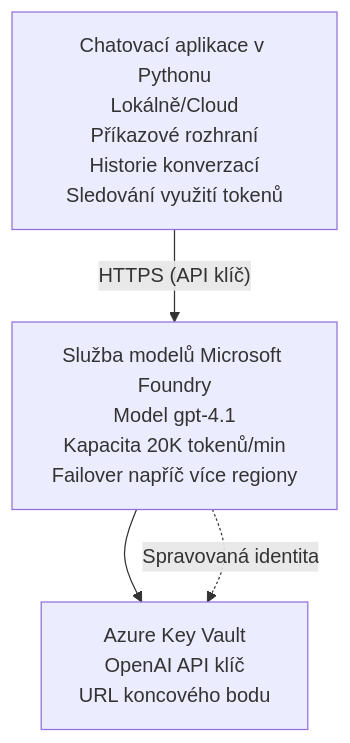
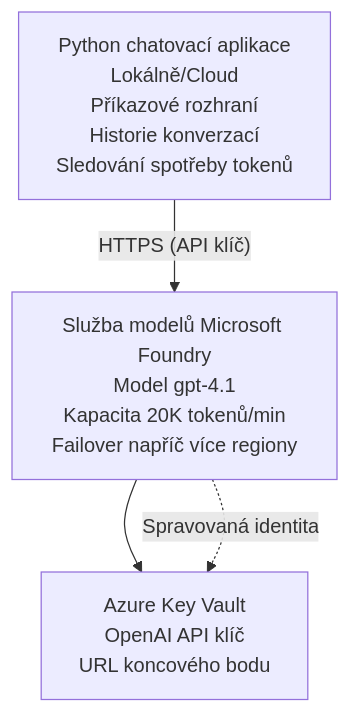
Before and after one commit to microsoft/AZD-for-beginners: the diagram in translations/cs/examples/azure-openai-chat/README.md, drawn with Mermaid. The commit also changed other lines of this file and 104 other files, not shown here.

````diff
--- a/translations/cs/examples/azure-openai-chat/README.md
+++ b/translations/cs/examples/azure-openai-chat/README.md
@@ -26,6 +26,6 @@
 ```mermaid
 graph TD
-    App[Chatovací aplikace v Pythonu<br/>Lokálně/Cloud<br/>Příkazové rozhraní<br/>Historie konverzací<br/>Sledování využití tokenů] -- "HTTPS (API klíč)" --> Foundry[Služba modelů Microsoft Foundry<br/>Model gpt-4.1<br/>Kapacita 20K tokenů/min<br/>Failover napříč více regiony]
+    App[Python chatovací aplikace<br/>Lokálně/Cloud<br/>Příkazové rozhraní<br/>Historie konverzací<br/>Sledování spotřeby tokenů] -- "HTTPS (API klíč)" --> Foundry[Služba modelů Microsoft Foundry<br/>Model gpt-4.1<br/>Kapacita 20K tokenů/min<br/>Failover napříč více regiony]
     Foundry --> KV[Azure Key Vault<br/>OpenAI API klíč<br/>URL koncového bodu]
     Foundry -. Spravovaná identita .-> KV
 ```
````
